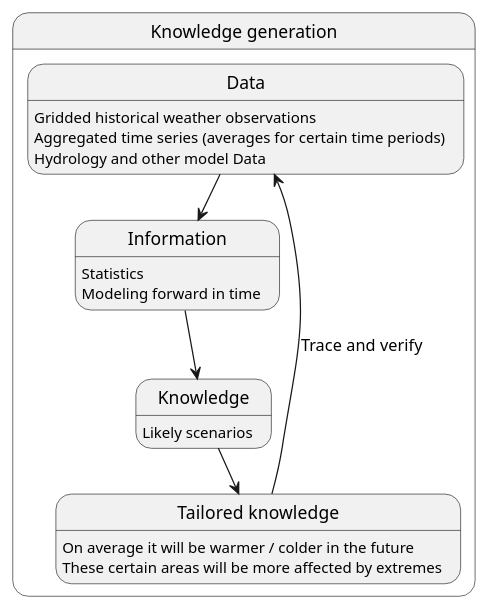
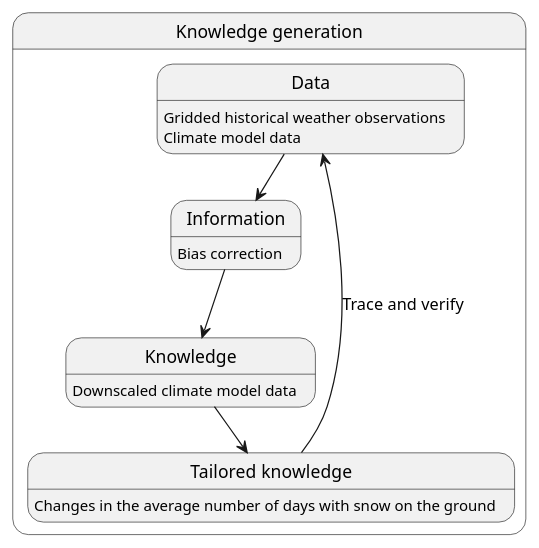
Before and after one commit to metno/S-ENDA-documentation: the diagram in source/information_to_knowledge_klima_leveranse.puml, drawn with PlantUML. The commit also changed 1 other file, not shown here.

```diff
--- a/source/information_to_knowledge_klima_leveranse.puml
+++ b/source/information_to_knowledge_klima_leveranse.puml
@@ -1,31 +1,28 @@
 @startuml
 
 state "Knowledge generation" as kg {
 
 state Data {
   Data : Gridded historical weather observations
-  Data : Aggregated time series (averages for certain time periods)
-  Data : Hydrology and other model Data
+  Data : Climate model data
 }
 
-state Information {
-  Information : Statistics 
-  Information : Modeling forward in time
+state Information { 
+  Information : Bias correction
 }
 
 state Knowledge {
-  Knowledge : Likely scenarios
+  Knowledge :  Downscaled climate model data
 }
 
 state "Tailored knowledge" as tk {
-  tk : On average it will be warmer / colder in the future
-  tk : These certain areas will be more affected by extremes
+  tk : Changes in the average number of days with snow on the ground
 }
 }
 
 Data --> Information
 Information --> Knowledge
 Knowledge --> tk
 tk --> Data : Trace and verify
 
 @enduml
```
